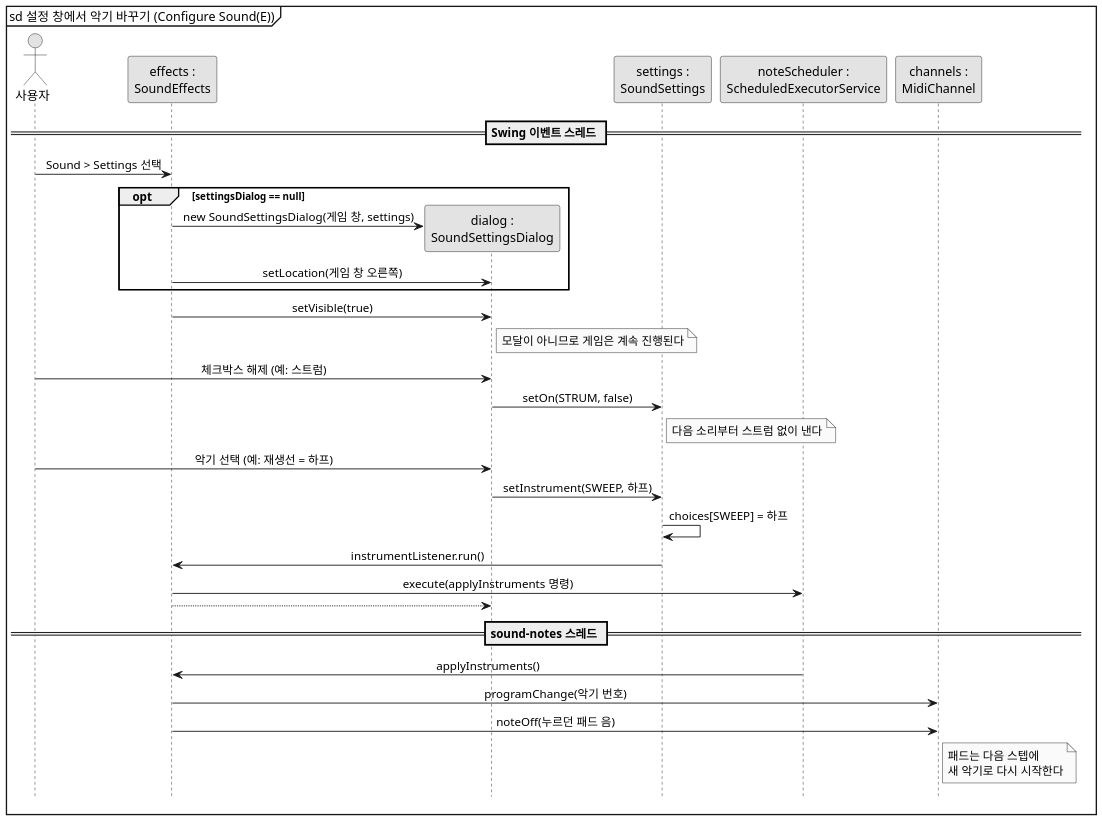
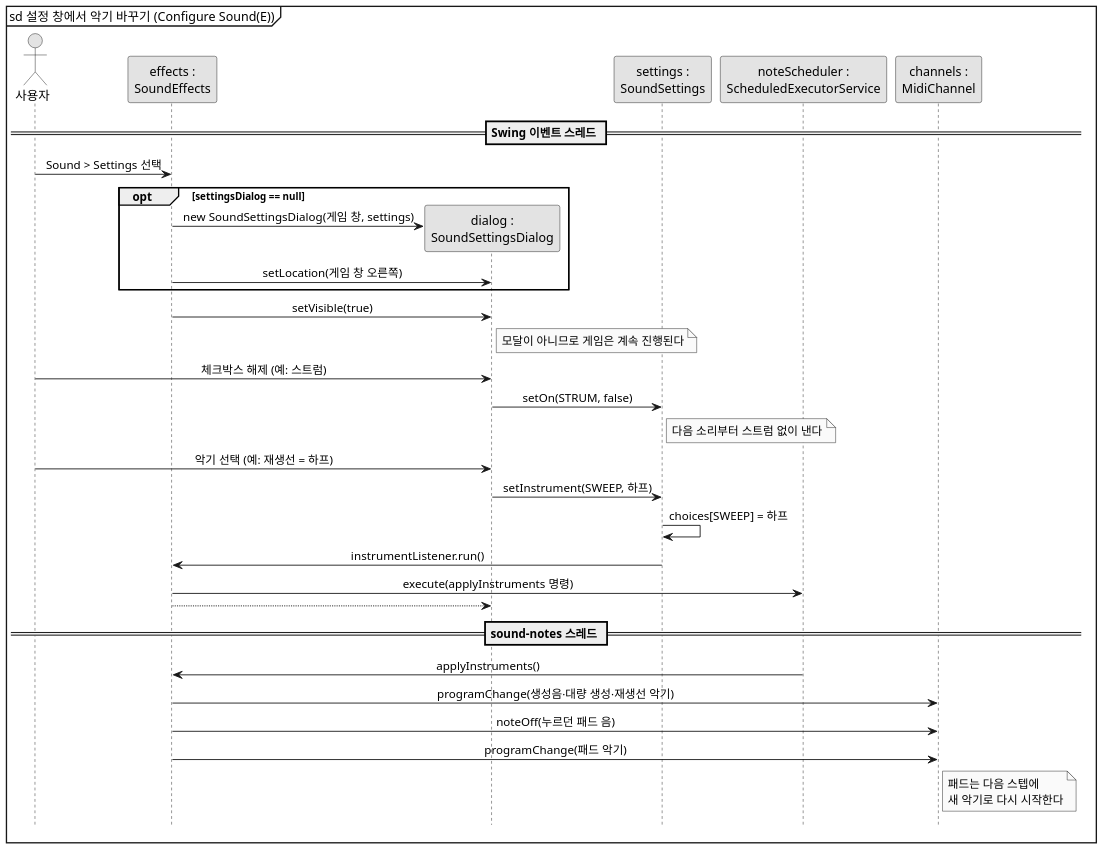
One commit to mckimR1972/DP_team_project changed the diagram in docs/sound-effects/diagram/sd-settings.puml. Above: the diagram before and after it, drawn with PlantUML. The commit also changed 21 other files, not shown here.

First line of the commit message:
docs(sound): 다이어그램을 표기 통일안과 코드에 맞춤

```diff
--- a/docs/sound-effects/diagram/sd-settings.puml
+++ b/docs/sound-effects/diagram/sd-settings.puml
@@ -1,45 +1,46 @@
 @startuml sd-settings
 skinparam monochrome true
 skinparam dpi 150
 skinparam shadowing false
 skinparam defaultFontName "Malgun Gothic"
 skinparam sequenceMessageAlign center
 hide footbox
 mainframe sd 설정 창에서 악기 바꾸기 (Configure Sound(E))
 
 actor "사용자" as User
 participant "effects :\nSoundEffects" as S
 participant "dialog :\nSoundSettingsDialog" as D
 participant "settings :\nSoundSettings" as ST
 participant "noteScheduler :\nScheduledExecutorService" as Q
 participant "channels :\nMidiChannel" as CH
 
 == Swing 이벤트 스레드 ==
 
 User -> S : Sound > Settings 선택
 opt settingsDialog == null
   create D
   S -> D : new SoundSettingsDialog(게임 창, settings)
   S -> D : setLocation(게임 창 오른쪽)
 end
 S -> D : setVisible(true)
 note right of D : 모달이 아니므로 게임은 계속 진행된다
 
 User -> D : 체크박스 해제 (예: 스트럼)
 D -> ST : setOn(STRUM, false)
 note right of ST : 다음 소리부터 스트럼 없이 낸다
 
 User -> D : 악기 선택 (예: 재생선 = 하프)
 D -> ST : setInstrument(SWEEP, 하프)
 ST -> ST : choices[SWEEP] = 하프
 ST -> S : instrumentListener.run()
 S -> Q : execute(applyInstruments 명령)
 S --> D
 
 == sound-notes 스레드 ==
 
 Q -> S : applyInstruments()
-S -> CH : programChange(악기 번호)
+S -> CH : programChange(생성음·대량 생성·재생선 악기)
 S -> CH : noteOff(누르던 패드 음)
+S -> CH : programChange(패드 악기)
 note right of CH : 패드는 다음 스텝에\n새 악기로 다시 시작한다
 @enduml
```
